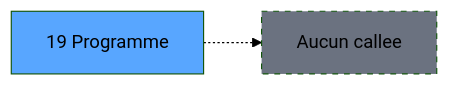
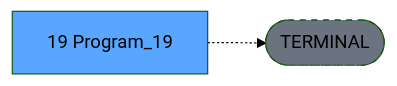
One commit to thonyAGP/lecteur-magic changed the third of 3 diagrams in .openspec/specs/ADH-IDE-19.md. Above: the diagram before and after it, drawn with Mermaid (forest theme). The commit also changed other lines of this file and 701 other files, not shown here.

````diff
--- a/.openspec/specs/ADH-IDE-19.md
+++ b/.openspec/specs/ADH-IDE-19.md
@@ -120,8 +134,8 @@
 ```mermaid
 graph LR
-    T[19 Programme]
-    NONE[Aucun callee]
-    T -.-> NONE
+    T[19 Program_19]
+    TERM([TERMINAL])
+    T -.-> TERM
+    style TERM fill:#6b7280,stroke-dasharray: 5 5
     style T fill:#58a6ff,color:#000
-    style NONE fill:#6b7280,stroke-dasharray: 5 5
 ```
````
